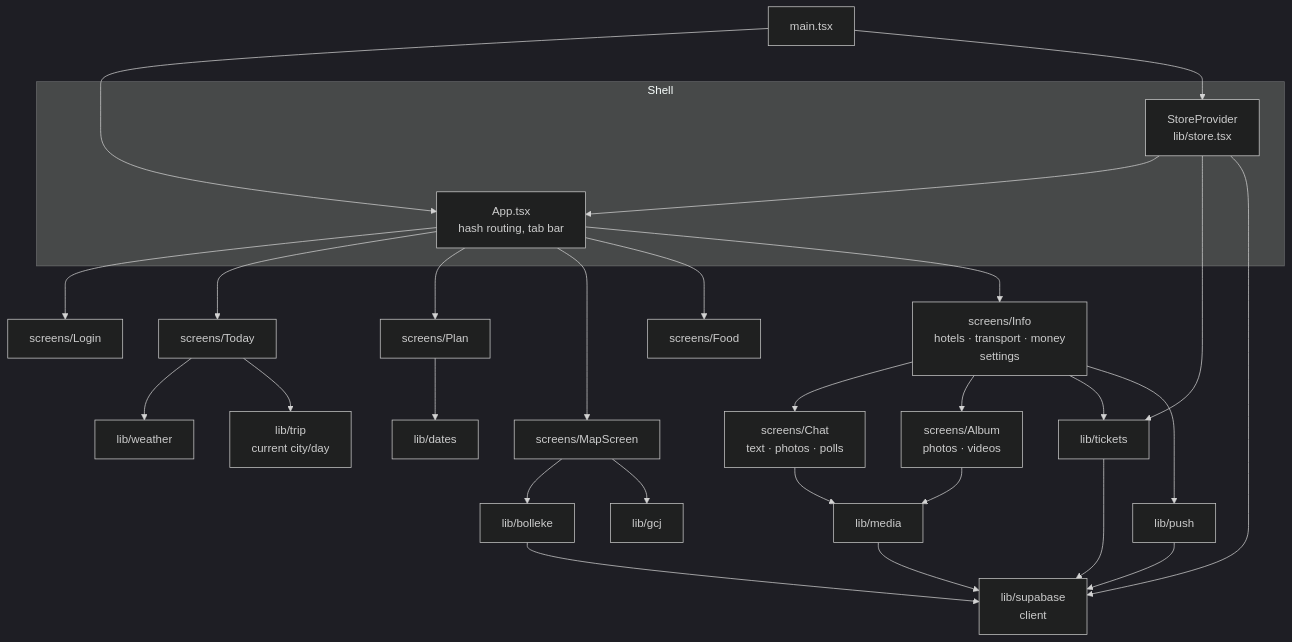
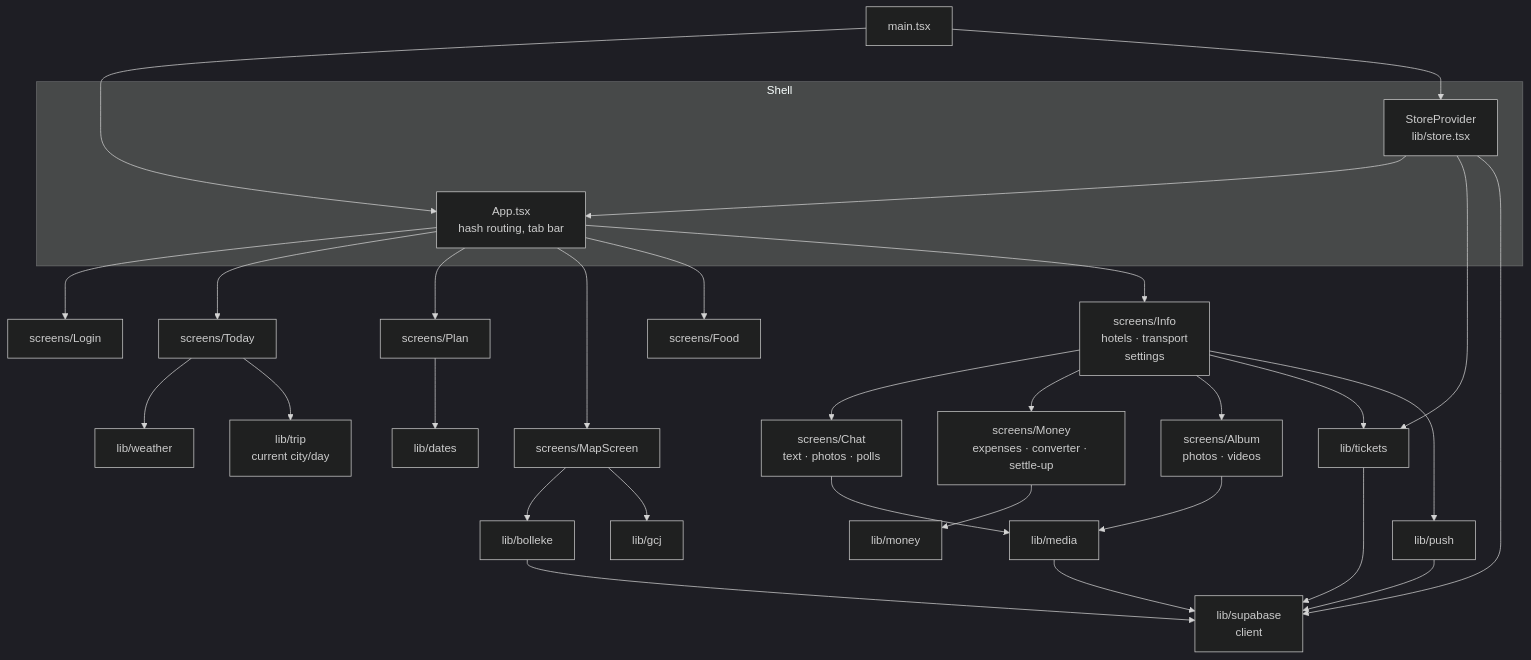
One commit to Pj-Cnudde98/burglars-in-china changed the diagram in docs/frontend.md. Above: the diagram before and after it, drawn with Mermaid (dark theme). The commit also changed other lines of this file and 11 other files, not shown here.

First line of the commit message:
Add currency converter and settle-up to expenses

````diff
--- a/docs/frontend.md
+++ b/docs/frontend.md
@@ -7,34 +7,36 @@
 ```mermaid
 flowchart TB
     main["main.tsx"] --> App
     subgraph Shell
         App["App.tsx<br/>hash routing, tab bar"]
         Provider["StoreProvider<br/>lib/store.tsx"]
     end
     main --> Provider --> App
 
     App --> Login["screens/Login"]
     App --> Today["screens/Today"]
     App --> Plan["screens/Plan"]
     App --> Map["screens/MapScreen"]
     App --> Food["screens/Food"]
-    App --> Info["screens/Info<br/>hotels · transport · money<br/>settings"]
+    App --> Info["screens/Info<br/>hotels · transport<br/>settings"]
     Info --> Chat["screens/Chat<br/>text · photos · polls"]
+    Info --> Money["screens/Money<br/>expenses · converter · settle-up"]
+    Money --> money["lib/money"]
     Info --> Album["screens/Album<br/>photos · videos"]
     Album --> media
     Chat --> media["lib/media"]
     media --> sbc
 
     Today --> weather["lib/weather"]
     Map --> bolleke["lib/bolleke"]
     Map --> gcj["lib/gcj"]
     Info --> tickets["lib/tickets"]
     Info --> push["lib/push"]
     Provider --> tickets
     Provider --> sbc["lib/supabase<br/>client"]
     bolleke --> sbc
     push --> sbc
     tickets --> sbc
     Today --> trip["lib/trip<br/>current city/day"]
     Plan --> dates["lib/dates"]
 ```
````
